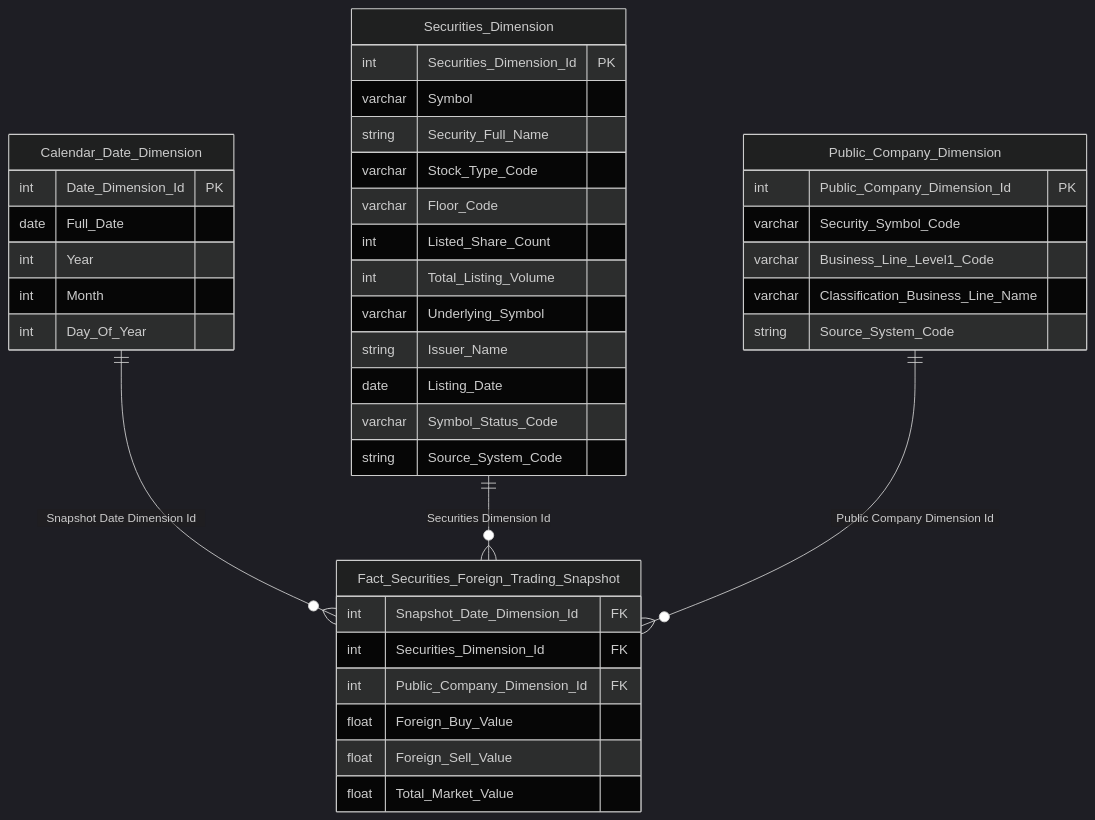
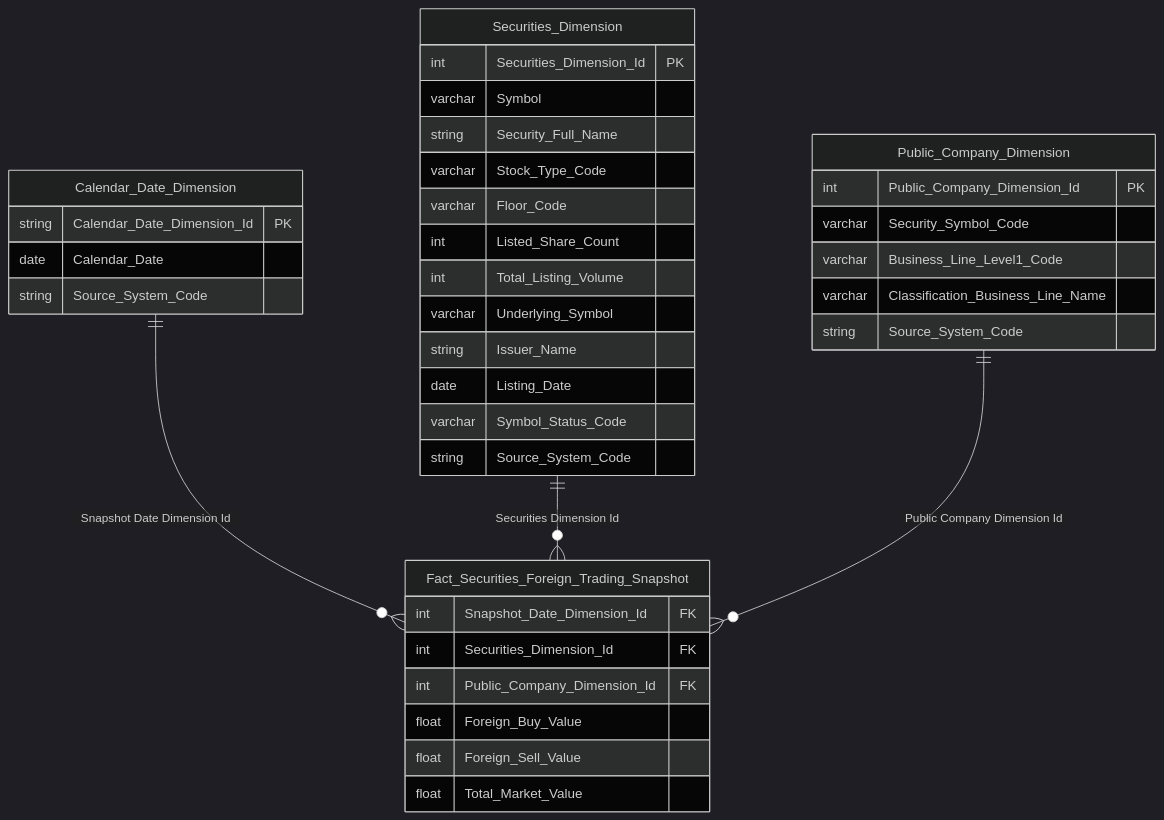
Diagram 11 of 30 in Datamart/hld/DTM_NDTNN_HLD.md (linhlvit/ubck_atomic_design), drawn with Mermaid (dark theme) before and after one commit. The commit also changed other lines of this file and 12 other files, not shown here.

Commit message:
nâng cấp skill: update phân hệ : NDTNN (Chuẩn hóa join HNX issue_code qua ISIN trên Securities Dimension và bổ sung Foreign Holding Value Nhóm 8)

````diff
--- a/Datamart/hld/DTM_NDTNN_HLD.md
+++ b/Datamart/hld/DTM_NDTNN_HLD.md
@@ -449,43 +476,41 @@
 ```mermaid
 erDiagram
     Calendar_Date_Dimension {
-        int Date_Dimension_Id PK
-        date Full_Date
-        int Year
-        int Month
-        int Day_Of_Year
+        string Calendar_Date_Dimension_Id PK
+        date Calendar_Date
+        string Source_System_Code
     }
     Securities_Dimension {
         int Securities_Dimension_Id PK
         varchar Symbol
         string Security_Full_Name
         varchar Stock_Type_Code
         varchar Floor_Code
         int Listed_Share_Count
         int Total_Listing_Volume
         varchar Underlying_Symbol
         string Issuer_Name
         date Listing_Date
         varchar Symbol_Status_Code
         string Source_System_Code
     }
     Public_Company_Dimension {
         int Public_Company_Dimension_Id PK
         varchar Security_Symbol_Code
         varchar Business_Line_Level1_Code
         varchar Classification_Business_Line_Name
         string Source_System_Code
     }
     Fact_Securities_Foreign_Trading_Snapshot {
         int Snapshot_Date_Dimension_Id FK
         int Securities_Dimension_Id FK
         int Public_Company_Dimension_Id FK
         float Foreign_Buy_Value
         float Foreign_Sell_Value
         float Total_Market_Value
     }
 
     Calendar_Date_Dimension ||--o{ Fact_Securities_Foreign_Trading_Snapshot : "Snapshot Date Dimension Id"
     Securities_Dimension ||--o{ Fact_Securities_Foreign_Trading_Snapshot : "Securities Dimension Id"
     Public_Company_Dimension ||--o{ Fact_Securities_Foreign_Trading_Snapshot : "Public Company Dimension Id"
 ```
````
